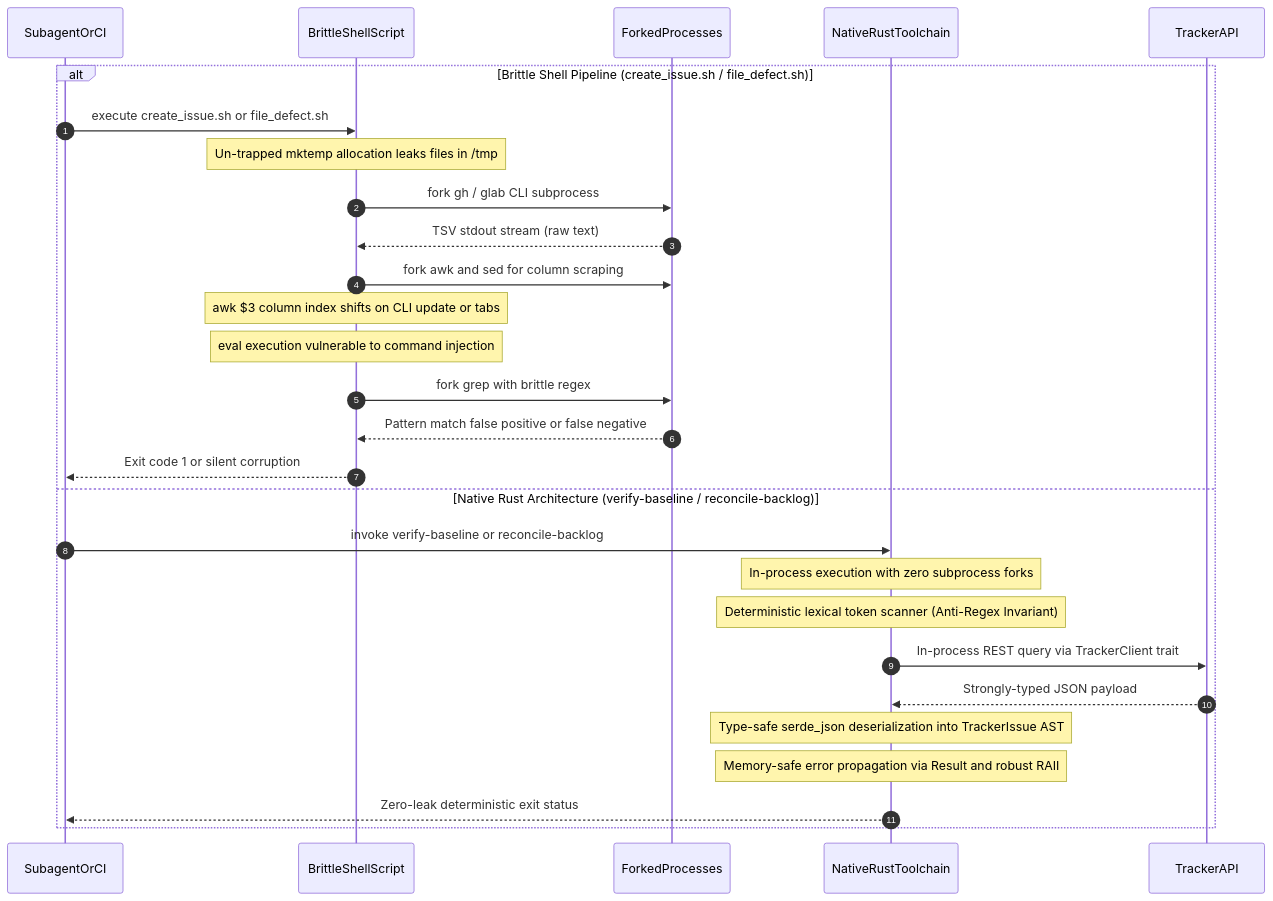
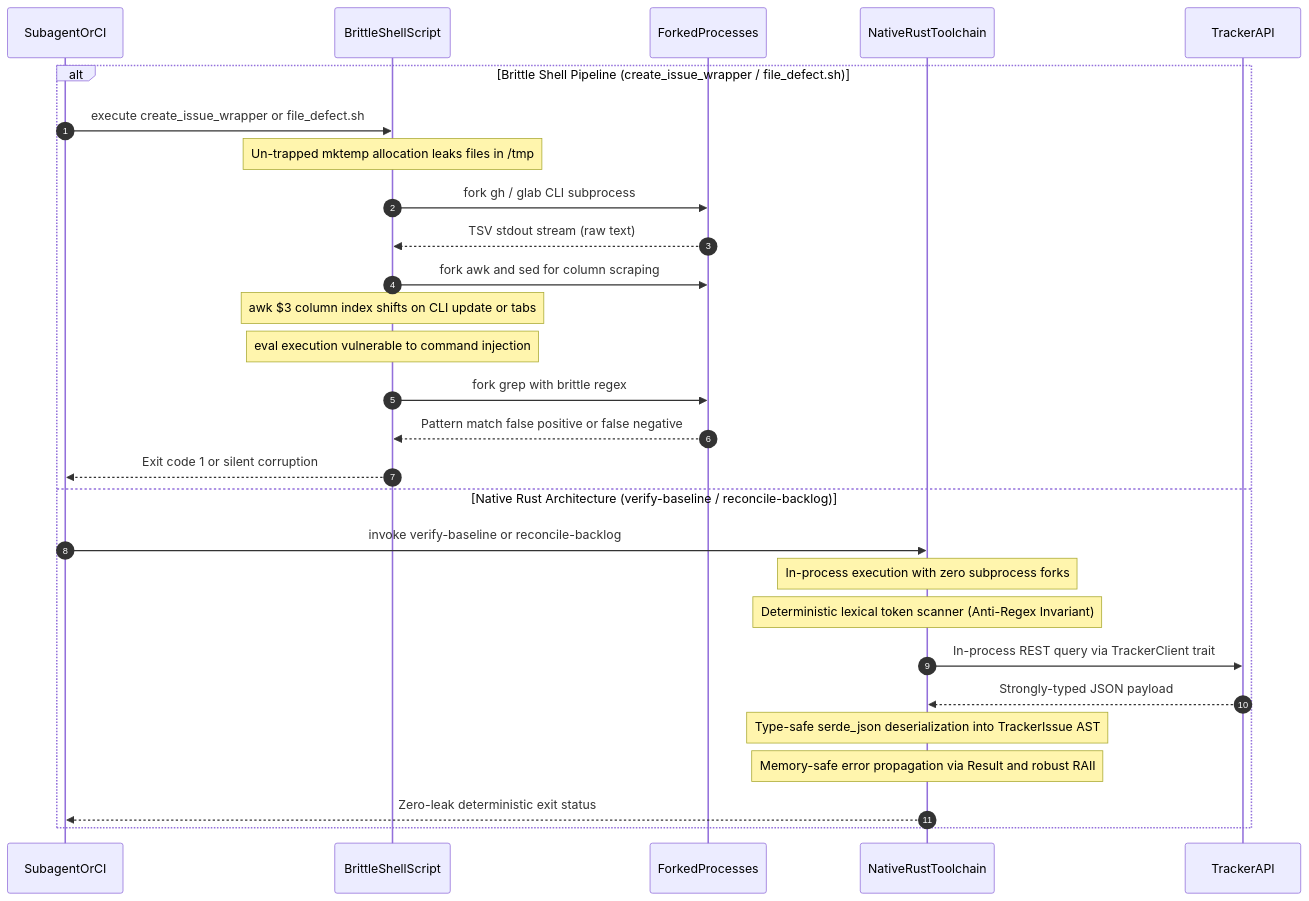
The diagram in docs/reports/defects/SHELL_SCRIPTS_SPRAWL_AUDIT.md (gintatkinson/dumpiler-01), drawn with Mermaid before and after one commit. The commit also changed other lines of this file and 218 other files, not shown here.

````diff
--- a/docs/reports/defects/SHELL_SCRIPTS_SPRAWL_AUDIT.md
+++ b/docs/reports/defects/SHELL_SCRIPTS_SPRAWL_AUDIT.md
@@ -103,31 +103,31 @@
 ```mermaid
 sequenceDiagram
     autonumber
     participant Caller as SubagentOrCI
     participant Shell as BrittleShellScript
     participant Subproc as ForkedProcesses
     participant Rust as NativeRustToolchain
     participant Tracker as TrackerAPI
 
-    alt Brittle Shell Pipeline (create_issue.sh / file_defect.sh)
-        Caller->>Shell: execute create_issue.sh or file_defect.sh
+    alt Brittle Shell Pipeline (create_issue_wrapper / file_defect.sh)
+        Caller->>Shell: execute create_issue_wrapper or file_defect.sh
         Note over Shell: Un-trapped mktemp allocation leaks files in /tmp
         Shell->>Subproc: fork gh / glab CLI subprocess
         Subproc-->>Shell: TSV stdout stream (raw text)
         Shell->>Subproc: fork awk and sed for column scraping
         Note over Shell: awk $3 column index shifts on CLI update or tabs
         Note over Shell: eval execution vulnerable to command injection
         Shell->>Subproc: fork grep with brittle regex
         Subproc-->>Shell: Pattern match false positive or false negative
         Shell-->>Caller: Exit code 1 or silent corruption
     else Native Rust Architecture (verify-baseline / reconcile-backlog)
         Caller->>Rust: invoke verify-baseline or reconcile-backlog
         Note over Rust: In-process execution with zero subprocess forks
         Note over Rust: Deterministic lexical token scanner (Anti-Regex Invariant)
         Rust->>Tracker: In-process REST query via TrackerClient trait
         Tracker-->>Rust: Strongly-typed JSON payload
         Note over Rust: Type-safe serde_json deserialization into TrackerIssue AST
         Note over Rust: Memory-safe error propagation via Result and robust RAII
         Rust-->>Caller: Zero-leak deterministic exit status
     end
 ```
````
